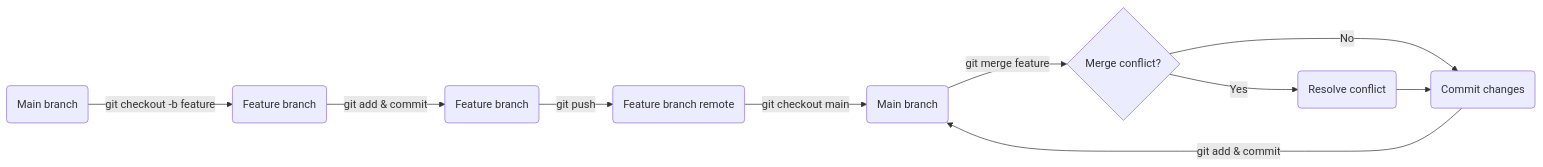
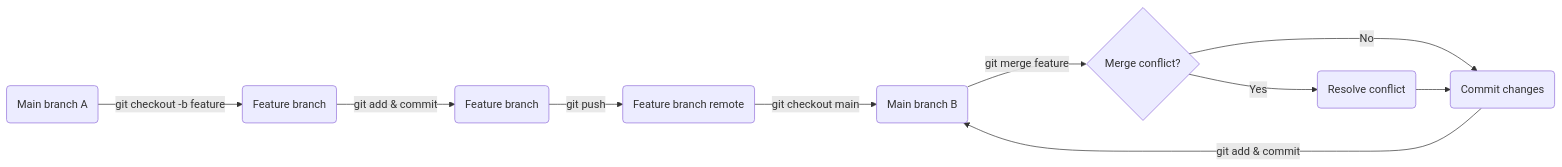
Before and after one commit to emmahone/Git-Good-Quick: the sixth of 7 diagrams in README.md, drawn with Mermaid. The commit also changed other lines of this file, not shown here.

Commit message:
WIP flowcharts

````diff
--- a/README.md
+++ b/README.md
@@ -110,12 +110,12 @@
 ```mermaid
 graph LR
-  A(Main branch) -- git checkout -b feature --> B(Feature branch)
+  A(Main branch A) -- git checkout -b feature --> B(Feature branch)
   B -- "git add & commit" --> C(Feature branch)
   C -- "git push" --> D(Feature branch remote)
-  D -- "git checkout main" --> E(Main branch)
+  D -- "git checkout main" --> E(Main branch B)
   E -- git merge feature --> F{Merge conflict?}
   F --> |No| G(Commit changes)
   F --> |Yes| H(Resolve conflict)
   H --> G(Commit changes)
-  G -- "git add & commit" --> E(Main branch)
+  G -- "git add & commit" --> E(Main branch B)
 ```
````
